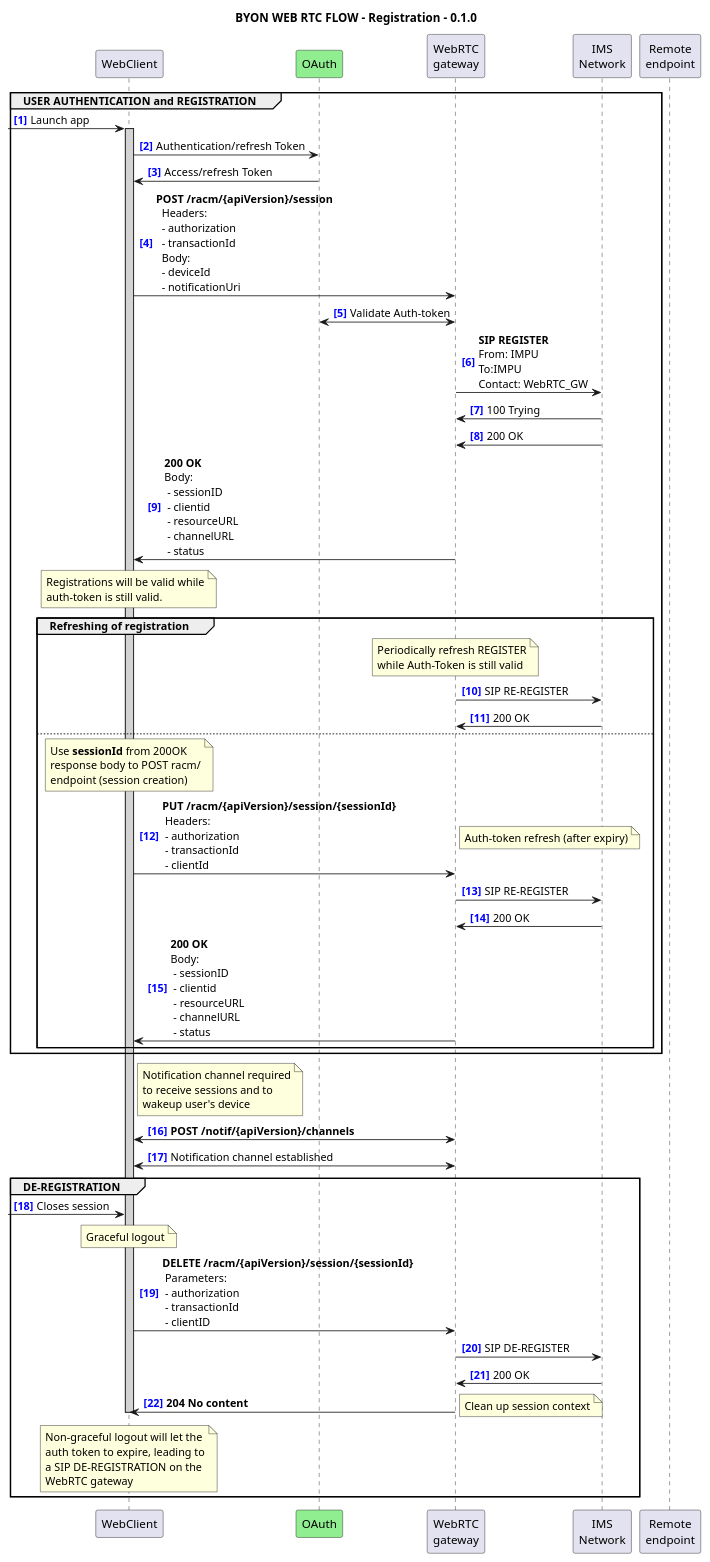
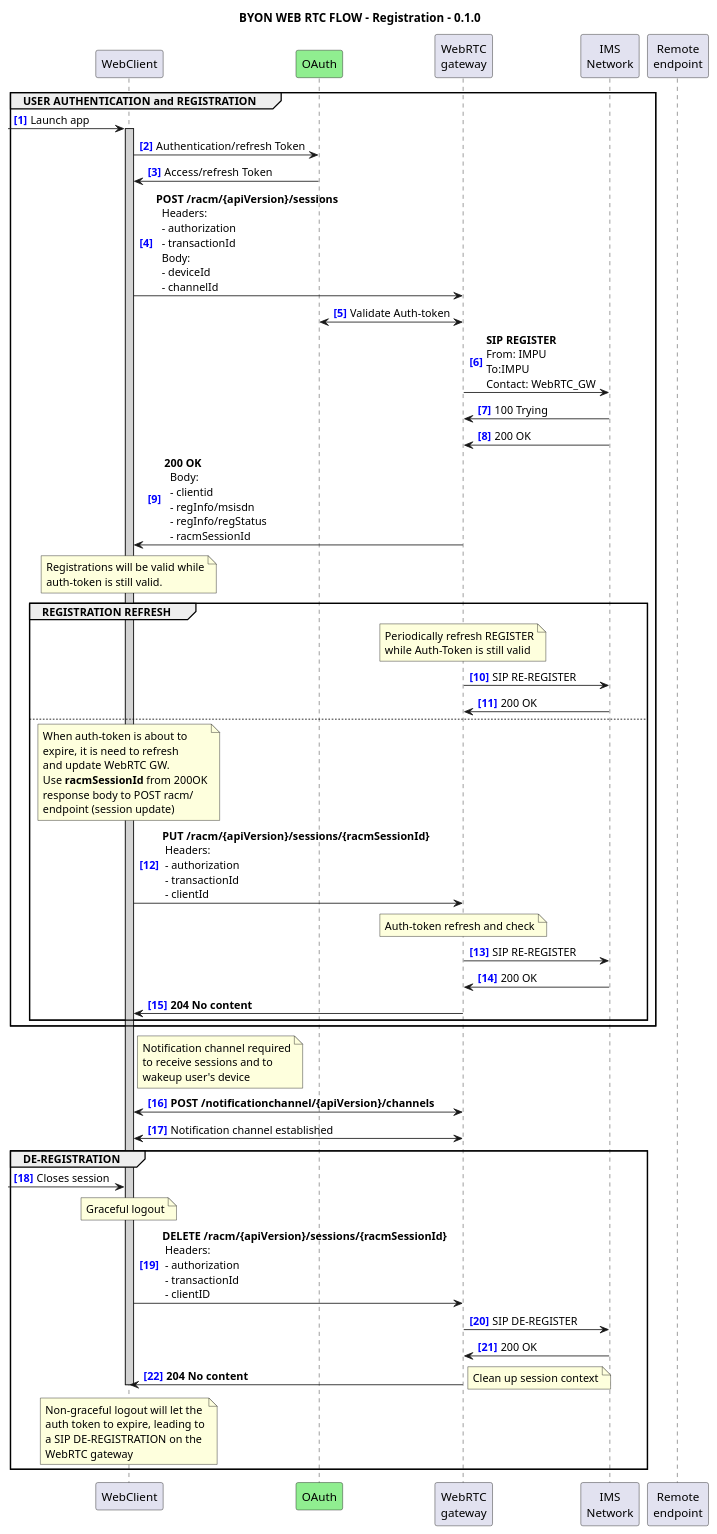
Before and after one commit to camaraproject/WebRTC: the diagram in documentation/API_documentation/FlowsBYON-RACM_Service.wsd, drawn with PlantUML. The commit also changed 5 other files, not shown here.

```diff
--- a/documentation/API_documentation/FlowsBYON-RACM_Service.wsd
+++ b/documentation/API_documentation/FlowsBYON-RACM_Service.wsd
@@ -1,103 +1,114 @@
 @startuml BYON Registration 0.1.0
 
 title "BYON WEB RTC FLOW - Registration - 0.1.0"
 autonumber "<font color=blue><b>[0]"
 
 
 participant WebClient
 participant OAuth #LightGreen
 participant "WebRTC\ngateway" as WebRTC_GW
 participant "IMS\nNetwork" as IMS_Network
 participant "Remote\nendpoint" as RemoteEndpoint
 
 ' --- USER AUTHENTICATION and REGISTRATION
 group USER AUTHENTICATION and REGISTRATION
 
 [-> WebClient: Launch app
 activate WebClient #LightGray
 
 WebClient -> OAuth: Authentication/refresh Token
 OAuth -> WebClient: Access/refresh Token
-WebClient -> WebRTC_GW: **POST /racm/{apiVersion}/session**\n\
+WebClient -> WebRTC_GW: **POST /racm/{apiVersion}/sessions**\n\
   Headers: \n\
   - authorization \n\
   - transactionId \n\
   Body: \n\
   - deviceId \n\
-  - notificationUri
+  - channelId
 
 WebRTC_GW <-> OAuth: Validate Auth-token
 WebRTC_GW -> IMS_Network: **SIP REGISTER**\nFrom: IMPU\nTo:IMPU\nContact: WebRTC_GW
 IMS_Network -> WebRTC_GW: 100 Trying
 IMS_Network -> WebRTC_GW: 200 OK
-WebRTC_GW -> WebClient: **200 OK**\nBody:\n - sessionID\n - clientid\n - resourceURL\n - channelURL\n - status
+WebRTC_GW -> WebClient: **200 OK**\n\
+  Body:\n\
+  - clientid\n\
+  - regInfo/msisdn\n\
+  - regInfo/regStatus\n\
+  - racmSessionId
 note over WebClient
   Registrations will be valid while
   auth-token is still valid.
 end note
 
 ' --- Refreshing of registration
-group Refreshing of registration
+group REGISTRATION REFRESH
   note over WebRTC_GW
    Periodically refresh REGISTER
    while Auth-Token is still valid
   end note
   WebRTC_GW -> IMS_Network: SIP RE-REGISTER
   IMS_Network -> WebRTC_GW: 200 OK
 
 else
 note over WebClient
-  Use **sessionId** from 200OK
+  When auth-token is about to
+  expire, it is need to refresh
+  and update WebRTC GW.
+  Use **racmSessionId** from 200OK
   response body to POST racm/
-  endpoint (session creation)
+  endpoint (session update)
 end note
-WebClient -> WebRTC_GW: **PUT /racm/{apiVersion}/session/{sessionId}** \n\
+WebClient -> WebRTC_GW: **PUT /racm/{apiVersion}/sessions/{racmSessionId}** \n\
  Headers: \n\
  - authorization \n\
  - transactionId \n\
  - clientId
 
-note right
-  Auth-token refresh (after expiry)
+note over WebRTC_GW
+  Auth-token refresh and check
 end note
 WebRTC_GW -> IMS_Network: SIP RE-REGISTER
 IMS_Network -> WebRTC_GW: 200 OK
-WebRTC_GW -> WebClient: **200 OK**\nBody:\n - sessionID\n - clientid\n - resourceURL\n - channelURL\n - status
+WebRTC_GW -> WebClient: **204 No content**
 end
 end
 
 note right WebClient
   Notification channel required
   to receive sessions and to
   wakeup user's device
 end note
 
-WebClient <-> WebRTC_GW: **POST /notif/{apiVersion}/channels**
+WebClient <-> WebRTC_GW: **POST /notificationchannel/{apiVersion}/channels**
 WebClient <-> WebRTC_GW <<wsStyle>>: Notification channel established
 
 ' --- DE-REGISTRATION
 group DE-REGISTRATION
 
 [-> WebClient: Closes session
 
 note over WebClient
   Graceful logout
 end note
-WebClient -> WebRTC_GW: **DELETE /racm/{apiVersion}/session/{sessionId}** \n\
- Parameters: \n - authorization\n - transactionId\n - clientID
+WebClient -> WebRTC_GW: **DELETE /racm/{apiVersion}/sessions/{racmSessionId}** \n\
+ Headers: \n\
+ - authorization \n\
+ - transactionId \n\
+ - clientID
 WebRTC_GW -> IMS_Network: SIP DE-REGISTER
 IMS_Network -> WebRTC_GW: 200 OK
 WebRTC_GW -> WebClient: **204 No content**
       note right: Clean up session context
       
 deactivate WebClient
 
 note over WebClient
   Non-graceful logout will let the
   auth token to expire, leading to
   a SIP DE-REGISTRATION on the
   WebRTC gateway
 end note
 end 
 
 @enduml
```
